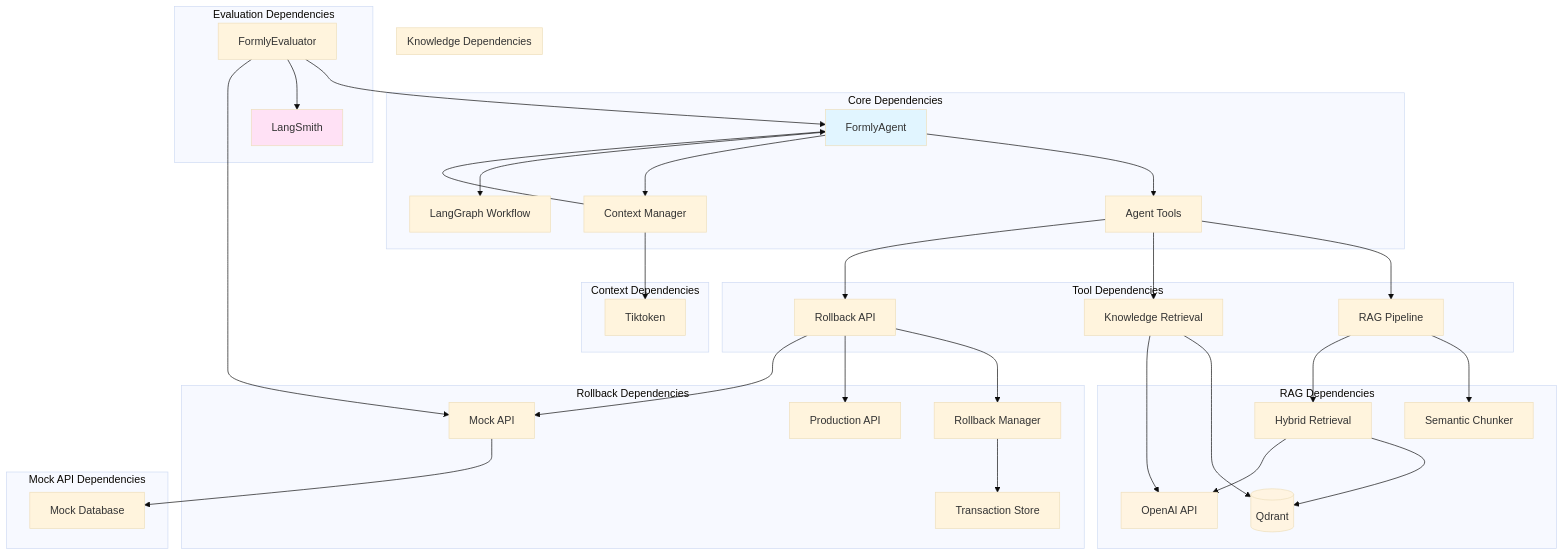
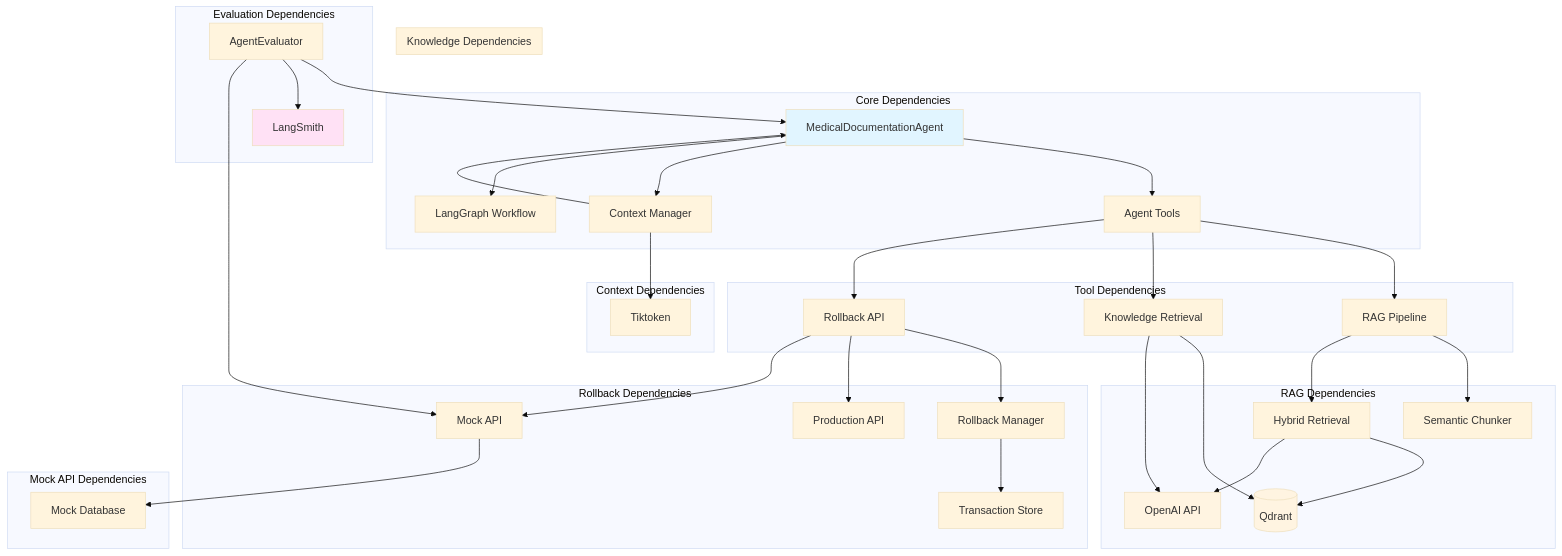
One commit to deepyad/Medical_Documentation_Agents changed the eighth of 12 diagrams in Documentation/ARCHITECTURE_FLOW_DIAGRAMS.md. Above: the diagram before and after it, drawn with Mermaid (base theme). The commit also changed other lines of this file and 14 other files, not shown here.

````diff
--- a/Documentation/ARCHITECTURE_FLOW_DIAGRAMS.md
+++ b/Documentation/ARCHITECTURE_FLOW_DIAGRAMS.md
@@ -857,53 +857,53 @@
 ```mermaid
 graph TD
     subgraph "Core Dependencies"
-        Agent[FormlyAgent] --> Tools[Agent Tools]
+        Agent[MedicalDocumentationAgent] --> Tools[Agent Tools]
         Agent --> ContextMgr[Context Manager]
         Agent --> Workflow[LangGraph Workflow]
     end
     
     subgraph "Tool Dependencies"
         Tools --> RAG[RAG Pipeline]
         Tools --> KnowledgeRet[Knowledge Retrieval]
         Tools --> RollbackAPI[Rollback API]
     end
     
     subgraph "RAG Dependencies"
         RAG --> Chunker[Semantic Chunker]
         RAG --> HybridRet[Hybrid Retrieval]
         HybridRet --> Qdrant[(Qdrant)]
         HybridRet --> OpenAI[OpenAI API]
     end
     
     subgraph "Knowledge Dependencies"
         KnowledgeRet --> Qdrant
         KnowledgeRet --> OpenAI
     end
     
     subgraph "Rollback Dependencies"
         RollbackAPI --> RollbackMgr[Rollback Manager]
         RollbackMgr --> TransactionStore[Transaction Store]
         RollbackAPI --> ProdAPI[Production API]
         RollbackAPI --> MockAPI[Mock API]
     end
     
     subgraph "Mock API Dependencies"
         MockAPI --> MockDB[Mock Database]
     end
     
     subgraph "Evaluation Dependencies"
-        Evaluator[FormlyEvaluator] --> Agent
+        Evaluator[AgentEvaluator] --> Agent
         Evaluator --> LangSmith[LangSmith]
         Evaluator --> MockAPI
     end
     
     subgraph "Context Dependencies"
         ContextMgr --> Tiktoken[Tiktoken]
         ContextMgr --> Agent
     end
     
     style Agent fill:#e1f5ff
     style Qdrant fill:#fff4e1
     style OpenAI fill:#fff4e1
     style LangSmith fill:#ffe1f5
 ```
````
